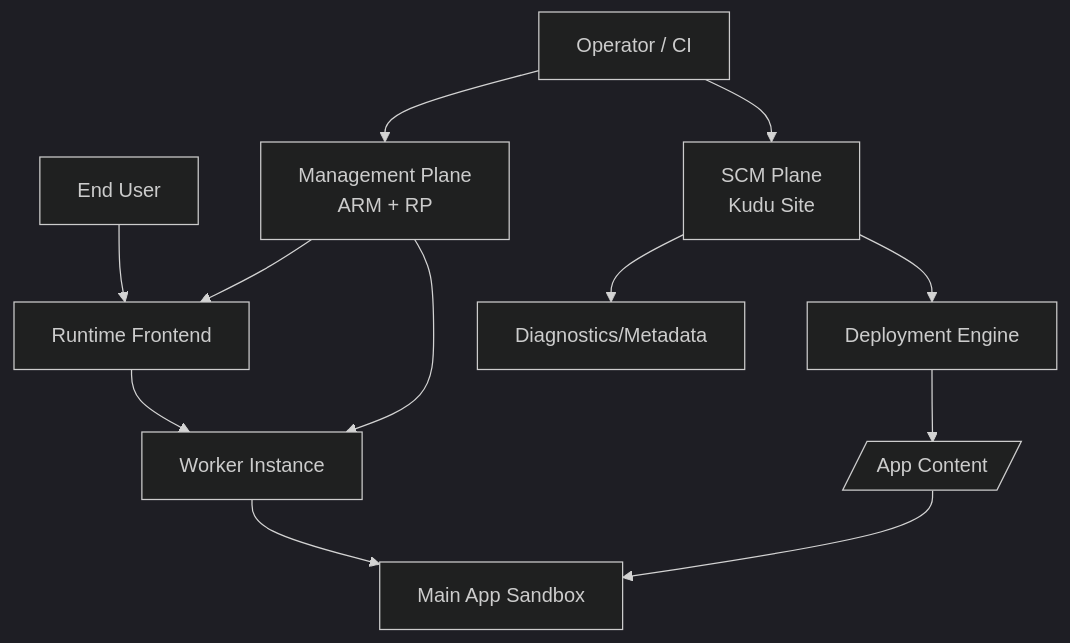
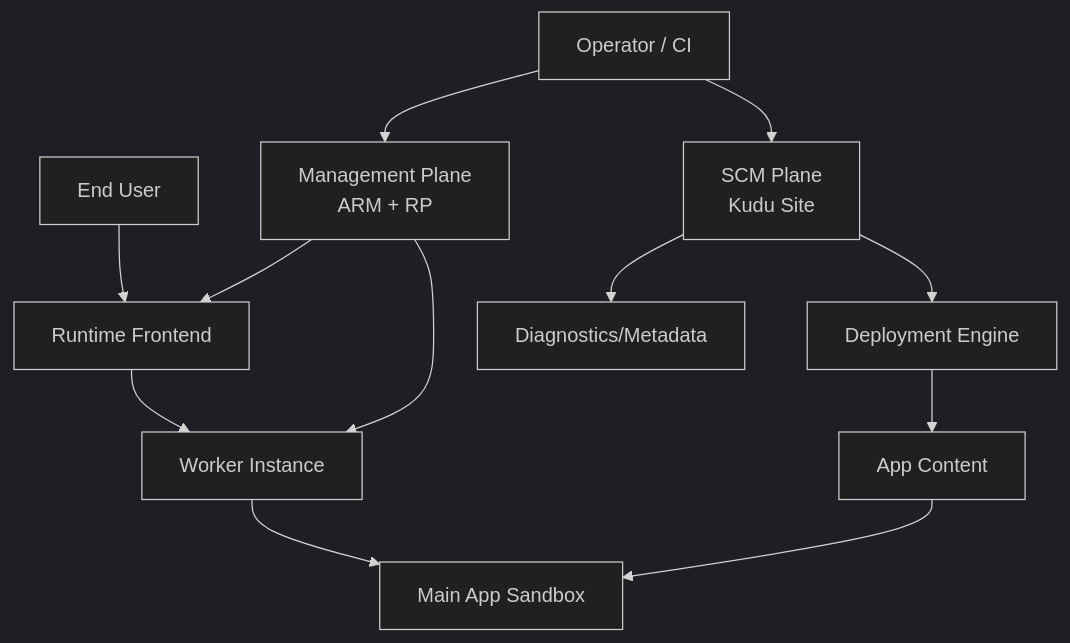
Before and after one commit to yeongseon/azure-app-service-practical-guide: the fourth of 10 diagrams in docs/platform/how-app-service-works.md, drawn with Mermaid (dark theme). The commit also changed other lines of this file, not shown here.

Commit message:
docs: add architecture at a glance and control/data plane sections to how-app-service-works

````diff
--- a/docs/platform/how-app-service-works.md
+++ b/docs/platform/how-app-service-works.md
@@ -147,16 +245,16 @@
 ```mermaid
-graph TD
-    OP[Operator / CI] --> MGMT[Management Plane\nARM + RP]
-    USER[End User] --> FE[Runtime Frontend]
-    FE --> WK[Worker Instance]
-    WK --> APP[Main App Sandbox]
+flowchart TD
+    OP["Operator / CI"] --> MGMT["Management Plane<br/>ARM + RP"]
+    USER["End User"] --> FE["Runtime Frontend"]
+    FE --> WK["Worker Instance"]
+    WK --> APP["Main App Sandbox"]
 
-    OP --> SCM[SCM Plane\nKudu Site]
-    SCM --> DEPLOY[Deployment Engine]
-    SCM --> META[Diagnostics/Metadata]
+    OP --> SCM["SCM Plane<br/>Kudu Site"]
+    SCM --> DEPLOY["Deployment Engine"]
+    SCM --> META["Diagnostics/Metadata"]
 
     MGMT --> FE
     MGMT --> WK
-    DEPLOY --> CONTENT[/App Content/]
+    DEPLOY --> CONTENT["App Content"]
     CONTENT --> APP
 ```
````
